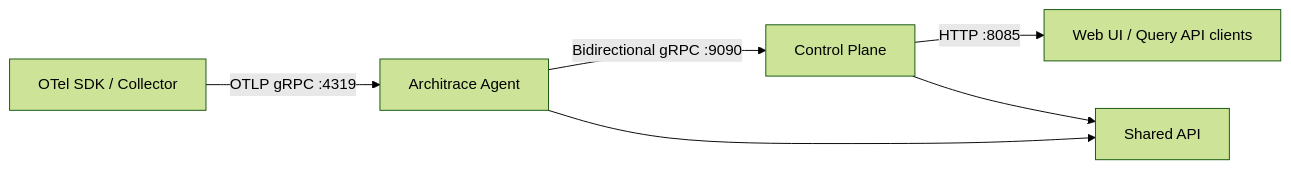
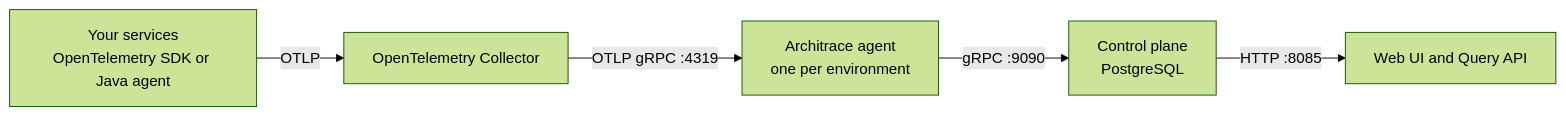
The diagram in README.md (Architrace-Intelligence/Architrace), drawn with Mermaid (forest theme) before and after one commit. The commit also changed other lines of this file and 7 other files, not shown here.

````diff
--- a/README.md
+++ b/README.md
@@ -100,8 +57,7 @@
 ```mermaid
 flowchart LR
-  OTel[OTel SDK / Collector] -->|OTLP gRPC :4319| Agent[Architrace Agent]
-  Agent -->|Bidirectional gRPC :9090| CP[Control Plane]
-  CP -->|HTTP :8085| UI[Web UI / Query API clients]
-  Agent --> API[Shared API]
-  CP --> API
+  Services[Your services<br/>OpenTelemetry SDK or Java agent] -->|OTLP| Collector[OpenTelemetry Collector]
+  Collector -->|OTLP gRPC :4319| Agent[Architrace agent<br/>one per environment]
+  Agent -->|gRPC :9090| CP[Control plane<br/>PostgreSQL]
+  CP -->|HTTP :8085| UI[Web UI and Query API]
 ```
````
